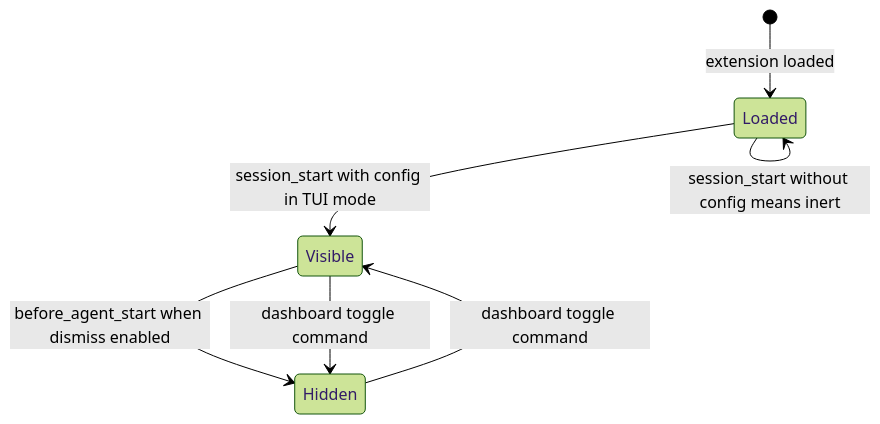
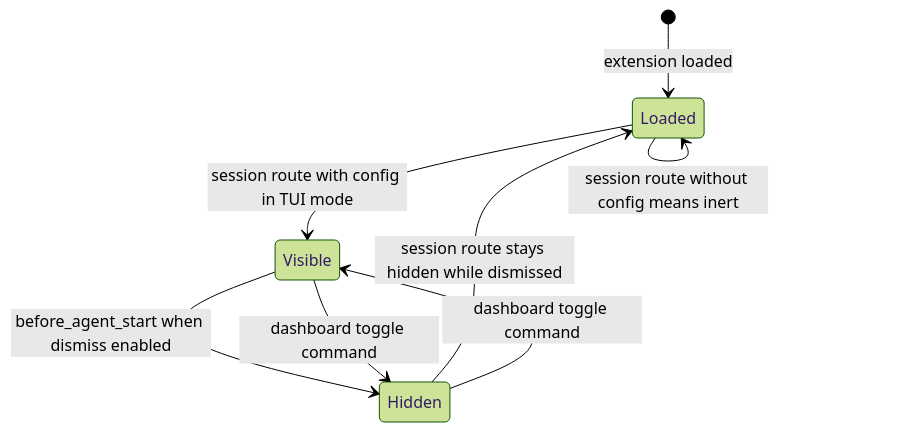
One commit to zhulinchng/omp-startup changed the third of 5 diagrams in docs/ARCHITECTURE.md. Above: the diagram before and after it, drawn with Mermaid (forest theme). The commit also changed other lines of this file and 12 other files, not shown here.

First line of the commit message:
Fix session-route and renderer bugs; expand coverage to 160 tests

````diff
--- a/docs/ARCHITECTURE.md
+++ b/docs/ARCHITECTURE.md
@@ -145,9 +155,10 @@
 ```mermaid
 stateDiagram-v2
     [*] --> Loaded : extension loaded
-    Loaded --> Visible : session_start with config in TUI mode
-    Loaded --> Loaded : session_start without config means inert
+    Loaded --> Visible : session route with config in TUI mode
+    Loaded --> Loaded : session route without config means inert
     Visible --> Hidden : before_agent_start when dismiss enabled
+    Hidden --> Loaded : session route stays hidden while dismissed
     Hidden --> Visible : dashboard toggle command
     Visible --> Hidden : dashboard toggle command
 ```
````
